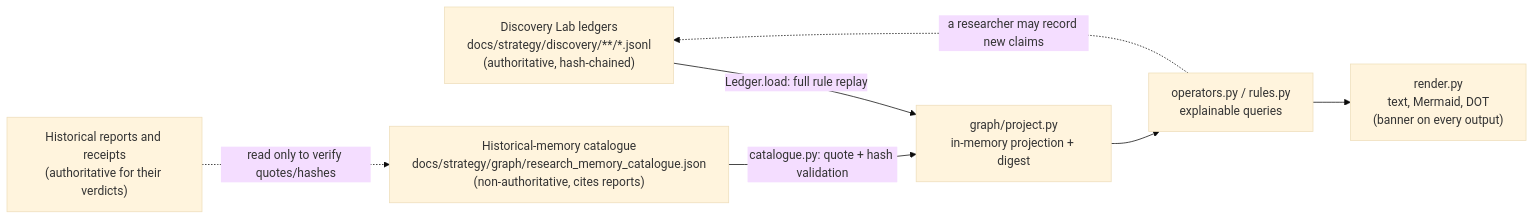
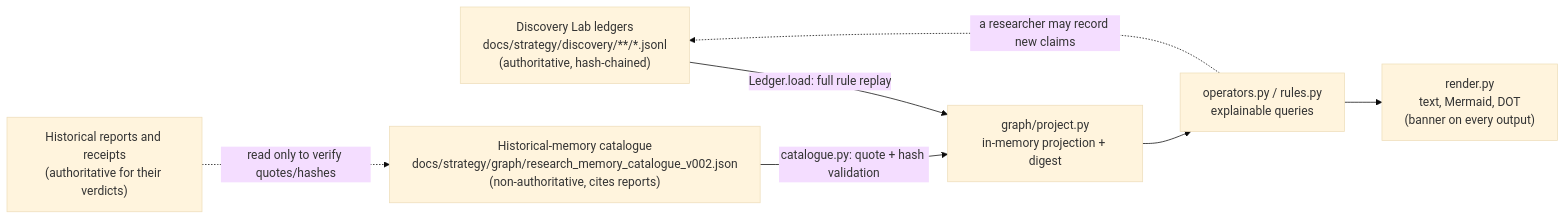
The diagram in docs/strategy/graph_v1_design.md (jarems421/ai-assisted-quantitative-research), drawn with Mermaid (base theme) before and after one commit. The commit also changed other lines of this file and 22 other files, not shown here.

First line of the commit message:
Review Graph v1 before the pilot and pre-register a fair comparison

````diff
--- a/docs/strategy/graph_v1_design.md
+++ b/docs/strategy/graph_v1_design.md
@@ -11,9 +11,9 @@
 ```mermaid
 flowchart LR
     L["Discovery Lab ledgers<br/>docs/strategy/discovery/**/*.jsonl<br/>(authoritative, hash-chained)"] -->|Ledger.load: full rule replay| P["graph/project.py<br/>in-memory projection + digest"]
-    K["Historical-memory catalogue<br/>docs/strategy/graph/research_memory_catalogue.json<br/>(non-authoritative, cites reports)"] -->|catalogue.py: quote + hash validation| P
+    K["Historical-memory catalogue<br/>docs/strategy/graph/research_memory_catalogue_v002.json<br/>(non-authoritative, cites reports)"] -->|catalogue.py: quote + hash validation| P
     R["Historical reports and receipts<br/>(authoritative for their verdicts)"] -.->|read only to verify quotes/hashes| K
     P --> O["operators.py / rules.py<br/>explainable queries"]
     O --> V["render.py<br/>text, Mermaid, DOT<br/>(banner on every output)"]
     O -.->|a researcher may record new claims| L
 ```
````
